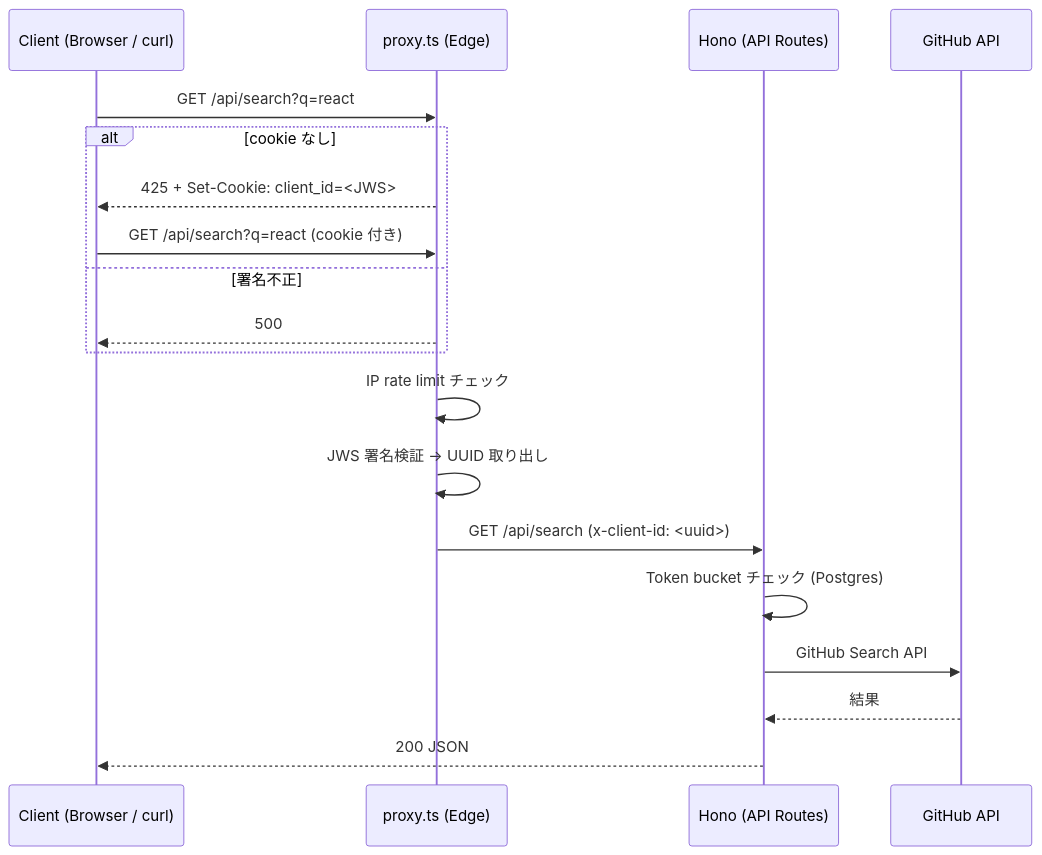
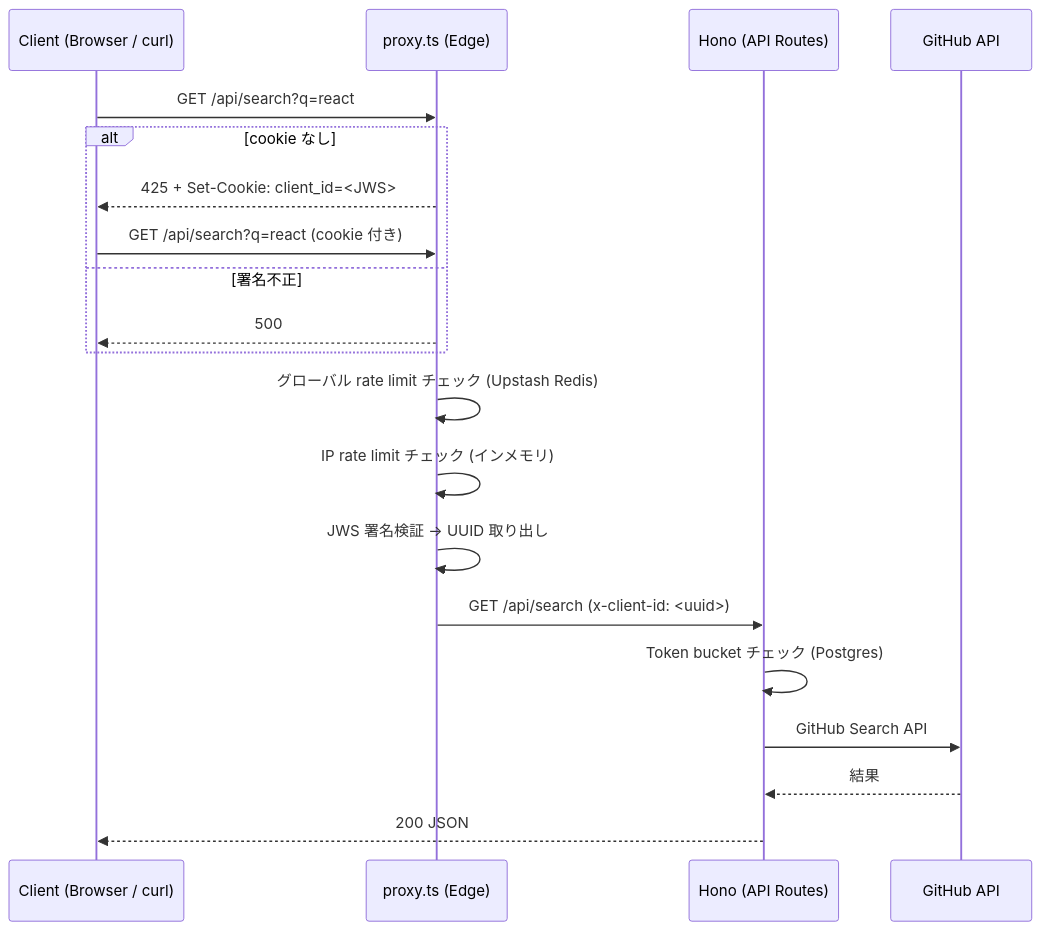
One commit to shidari/github-repo-explorer changed the diagram in README.md. Above: the diagram before and after it, drawn with Mermaid. The commit also changed other lines of this file and 4 other files, not shown here.

First line of the commit message:
feat(proxy): Upstash Redis による グローバル rate limit を追加

````diff
--- a/README.md
+++ b/README.md
@@ -215,22 +216,23 @@
 ```mermaid
 sequenceDiagram
     participant C as Client (Browser / curl)
     participant P as proxy.ts (Edge)
     participant H as Hono (API Routes)
     participant G as GitHub API
 
     C->>P: GET /api/search?q=react
     alt cookie なし
         P-->>C: 425 + Set-Cookie: client_id=<JWS>
         C->>P: GET /api/search?q=react (cookie 付き)
     else 署名不正
         P-->>C: 500
     end
-    P->>P: IP rate limit チェック
+    P->>P: グローバル rate limit チェック (Upstash Redis)
+    P->>P: IP rate limit チェック (インメモリ)
     P->>P: JWS 署名検証 → UUID 取り出し
     P->>H: GET /api/search (x-client-id: <uuid>)
     H->>H: Token bucket チェック (Postgres)
     H->>G: GitHub Search API
     G-->>H: 結果
     H-->>C: 200 JSON
 ```
````
